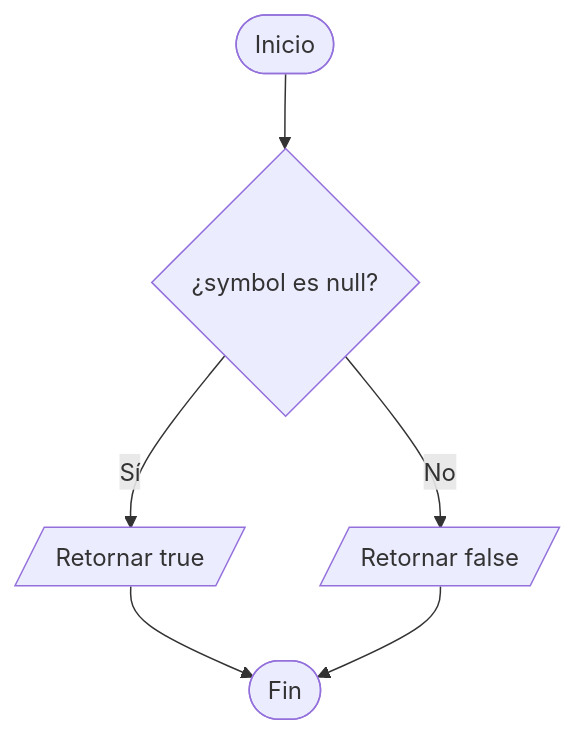
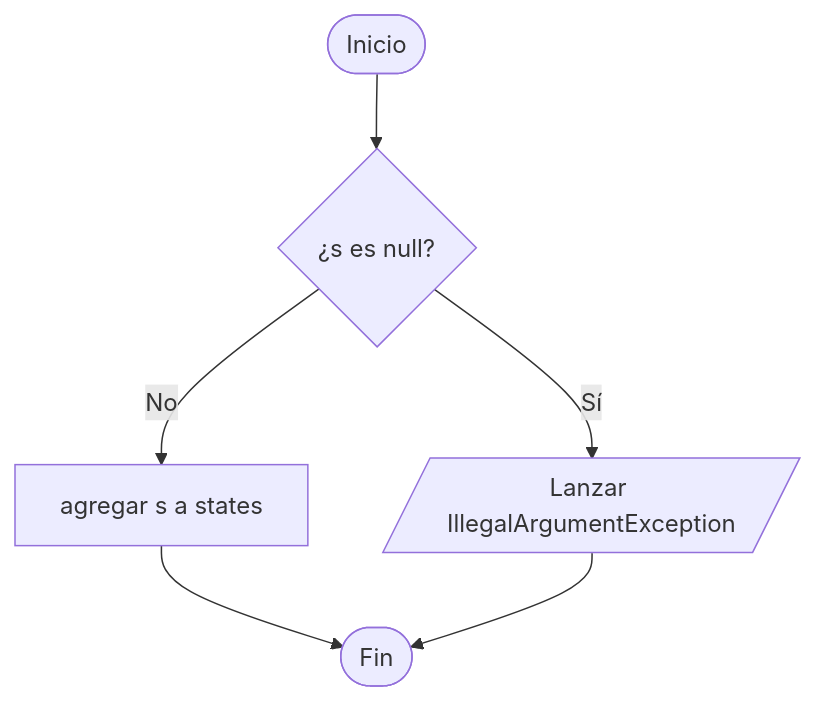
Before and after one commit to Leosanlo30/RegEx-to-DFA-Visualizer: the second of 9 diagrams in docs/diagramas/07-modelo-automatas.md, drawn with Mermaid. The commit also changed other lines of this file and 10 other files, not shown here.

Commit message:
docs: alinear diagramas de flujo con UML.md y REQUIREMENTS.md

````diff
--- a/docs/diagramas/07-modelo-automatas.md
+++ b/docs/diagramas/07-modelo-automatas.md
@@ -73,8 +28,8 @@
 ```mermaid
 flowchart TD
-    A([Inicio]) --> B{¿symbol es null?}
-    B -- Sí --> T[/Retornar true/]
-    B -- No --> F[/Retornar false/]
-    T --> Z([Fin])
-    F --> Z
+    A([Inicio]) --> B{¿s es null?}
+    B -- Sí --> ERR[/Lanzar IllegalArgumentException/]
+    B -- No --> C[agregar s a states]
+    C --> Z([Fin])
+    ERR --> Z
 ```
````
